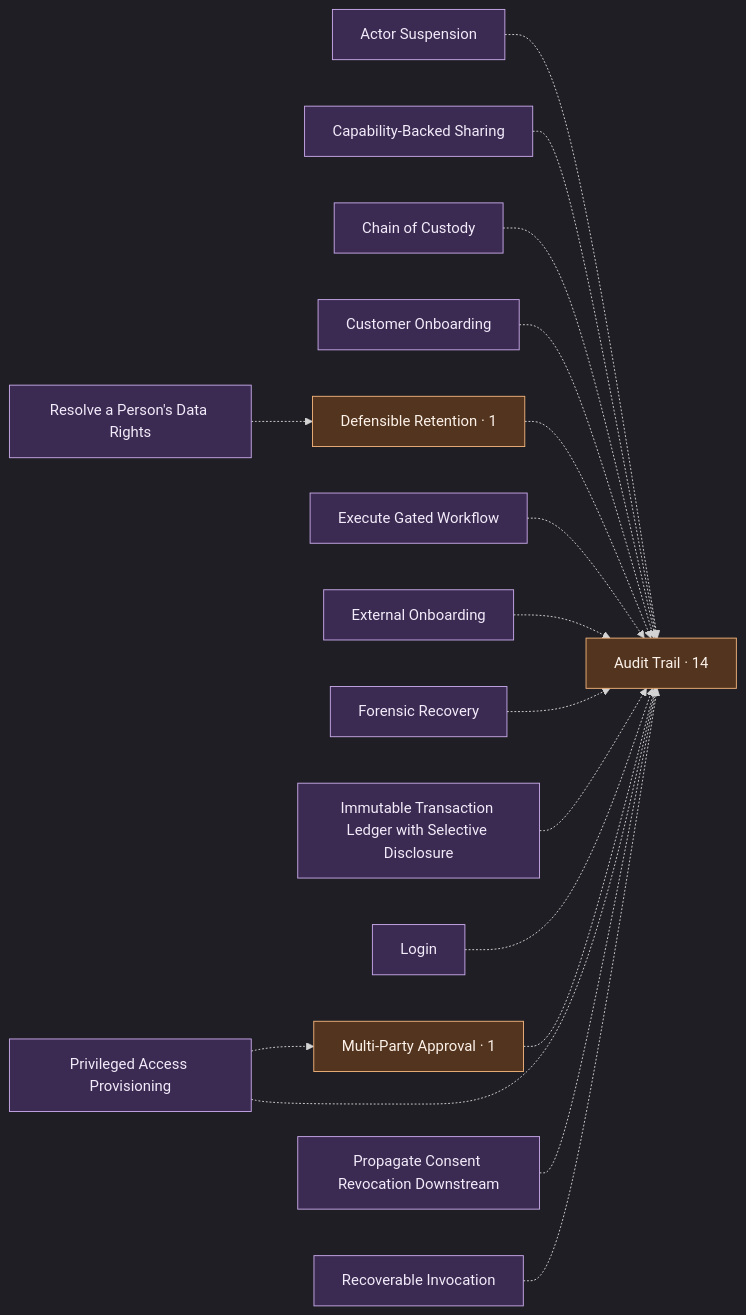
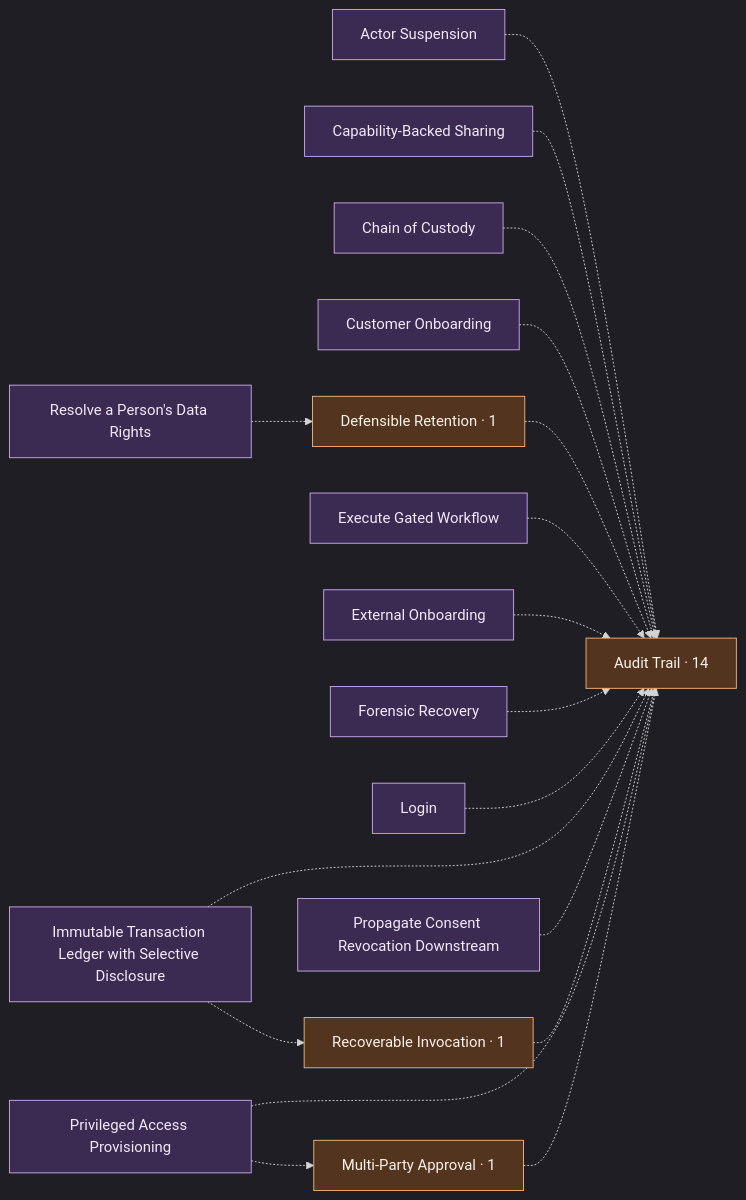
Before and after one commit to scottromack/grace-commons: the first of 2 diagrams in graph.md, drawn with Mermaid. The commit also changed other lines of this file and 6 other files, not shown here.

First line of the commit message:
immutable-transaction-ledger: bound to recoverable-invocation as its pilot adopter

````diff
--- a/graph.md
+++ b/graph.md
@@ -71,40 +72,41 @@
 ```mermaid
 %%{init: {"theme": "dark", "flowchart": {"htmlLabels": true}} }%%
 flowchart LR
   actor_suspension["Actor Suspension"]
   audit_trail["Audit Trail · 14"]
   capability_backed_sharing["Capability-Backed Sharing"]
   chain_of_custody["Chain of Custody"]
   customer_onboarding["Customer Onboarding"]
   defensible_retention["Defensible Retention · 1"]
   execute_gated_workflow["Execute Gated Workflow"]
   external_onboarding["External Onboarding"]
   forensic_recovery["Forensic Recovery"]
   immutable_transaction_ledger["Immutable Transaction Ledger with Selective Disclosure"]
   login["Login"]
   multi_party_approval["Multi-Party Approval · 1"]
   privileged_access_provisioning["Privileged Access Provisioning"]
   propagate_consent_revocation_downstream["Propagate Consent Revocation Downstream"]
-  recoverable_invocation["Recoverable Invocation"]
+  recoverable_invocation["Recoverable Invocation · 1"]
   resolve_a_persons_data_rights["Resolve a Person's Data Rights"]
   actor_suspension -.-> audit_trail
   capability_backed_sharing -.-> audit_trail
   chain_of_custody -.-> audit_trail
   customer_onboarding -.-> audit_trail
   defensible_retention -.-> audit_trail
   execute_gated_workflow -.-> audit_trail
   external_onboarding -.-> audit_trail
   forensic_recovery -.-> audit_trail
   immutable_transaction_ledger -.-> audit_trail
+  immutable_transaction_ledger -.-> recoverable_invocation
   login -.-> audit_trail
   multi_party_approval -.-> audit_trail
   privileged_access_provisioning -.-> audit_trail
   privileged_access_provisioning -.-> multi_party_approval
   propagate_consent_revocation_downstream -.-> audit_trail
   recoverable_invocation -.-> audit_trail
   resolve_a_persons_data_rights -.-> defensible_retention
   classDef comp fill:#3b2a52,stroke:#c7a8e8,color:#f2ebfa;
   classDef spine fill:#52341f,stroke:#f0b27a,color:#fdf2e9;
   class actor_suspension,audit_trail,capability_backed_sharing,chain_of_custody,customer_onboarding,defensible_retention,execute_gated_workflow,external_onboarding,forensic_recovery,immutable_transaction_ledger,login,multi_party_approval,privileged_access_provisioning,propagate_consent_revocation_downstream,recoverable_invocation,resolve_a_persons_data_rights comp;
-  class audit_trail,defensible_retention,multi_party_approval spine;
+  class audit_trail,defensible_retention,multi_party_approval,recoverable_invocation spine;
 ```
````
